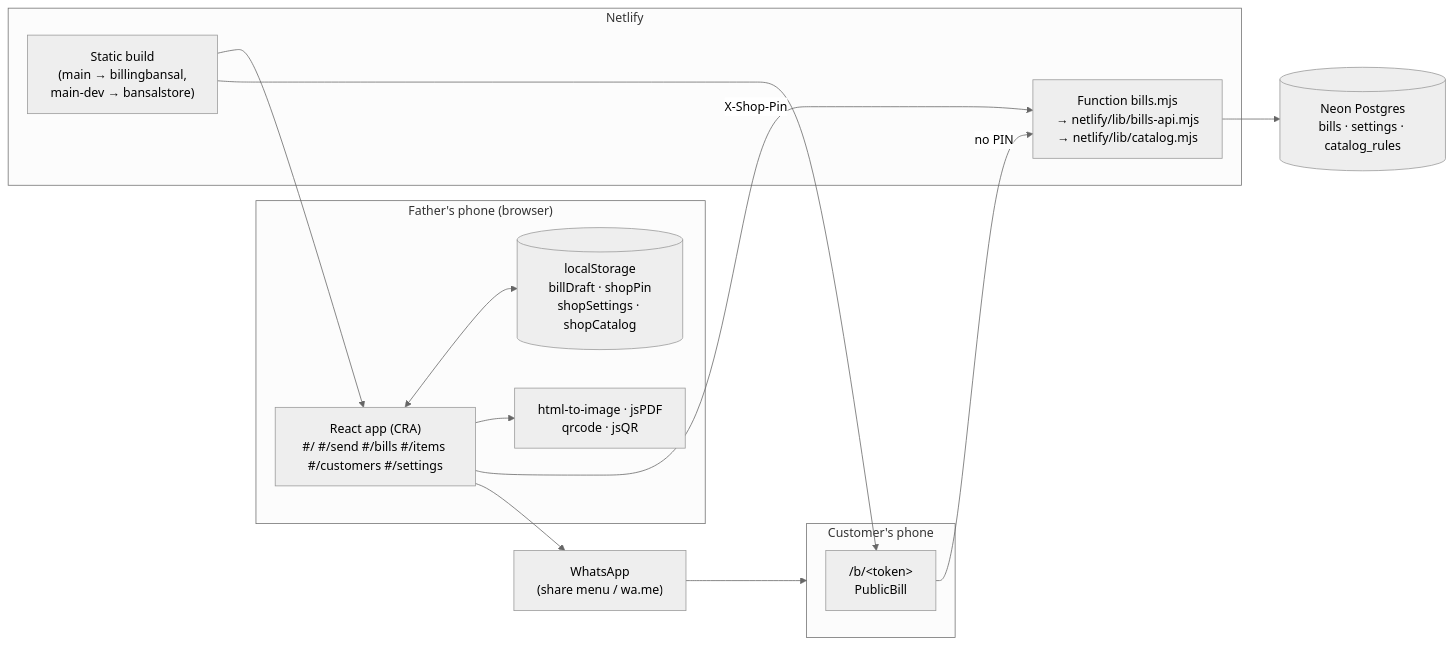
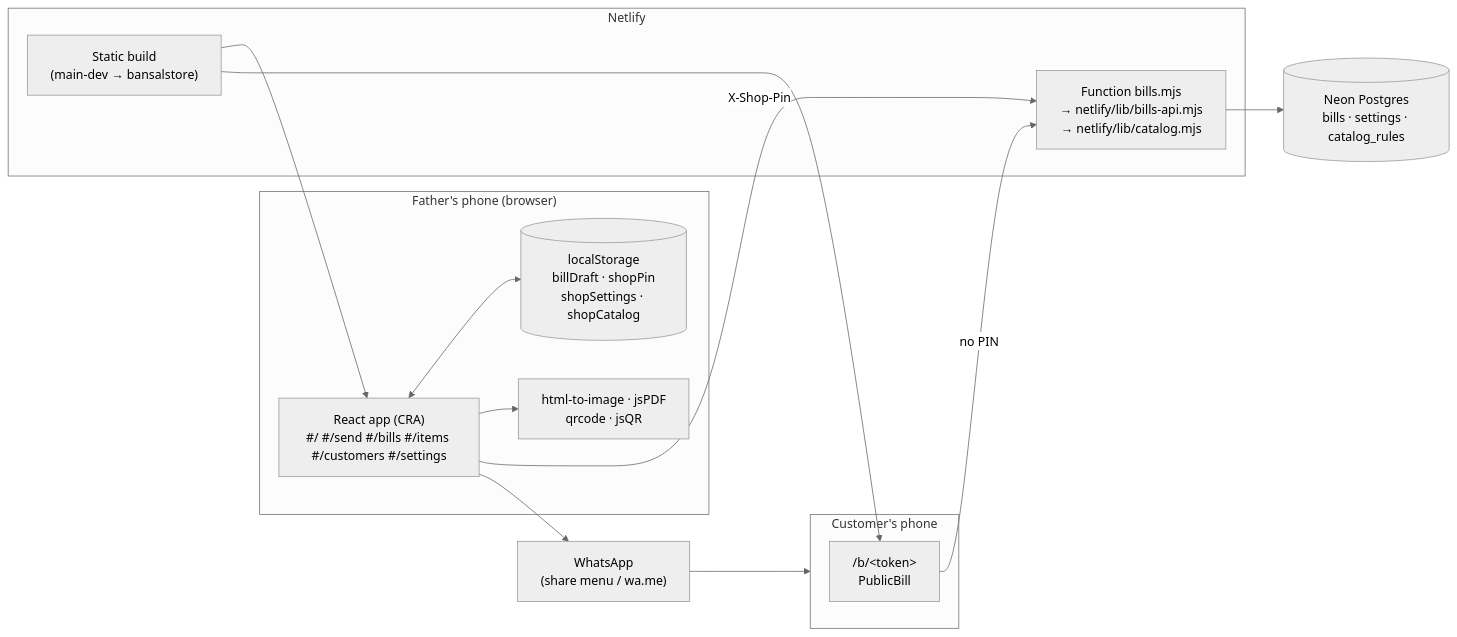
The diagram in docs/wiki/architecture/overview.md (anubhavb11/Billing), drawn with Mermaid (neutral theme) before and after one commit. The commit also changed 22 other files, not shown here.

First line of the commit message:
One live site: ship only to main-dev; billingbansal deleted (D050)

````diff
--- a/docs/wiki/architecture/overview.md
+++ b/docs/wiki/architecture/overview.md
@@ -15,25 +15,25 @@
 ```mermaid
 flowchart LR
   subgraph Phone["Father's phone (browser)"]
     App["React app (CRA)\n#/ #/send #/bills #/items #/customers #/settings"]
     LS[("localStorage\nbillDraft · shopPin\nshopSettings · shopCatalog")]
     Pic["html-to-image · jsPDF\nqrcode · jsQR"]
     App <--> LS
     App --> Pic
   end
   subgraph Customer["Customer's phone"]
     Pub["/b/&lt;token&gt;\nPublicBill"]
   end
   WA["WhatsApp\n(share menu / wa.me)"]
   subgraph Netlify
-    CDN["Static build\n(main → billingbansal,\nmain-dev → bansalstore)"]
+    CDN["Static build\n(main-dev → bansalstore)"]
     Fn["Function bills.mjs\n→ netlify/lib/bills-api.mjs\n→ netlify/lib/catalog.mjs"]
   end
   DB[("Neon Postgres\nbills · settings · catalog_rules")]
   App -- "X-Shop-Pin" --> Fn
   Pub -- "no PIN" --> Fn
   Fn --> DB
   CDN --> App
   CDN --> Pub
   App --> WA --> Customer
 ```
````
